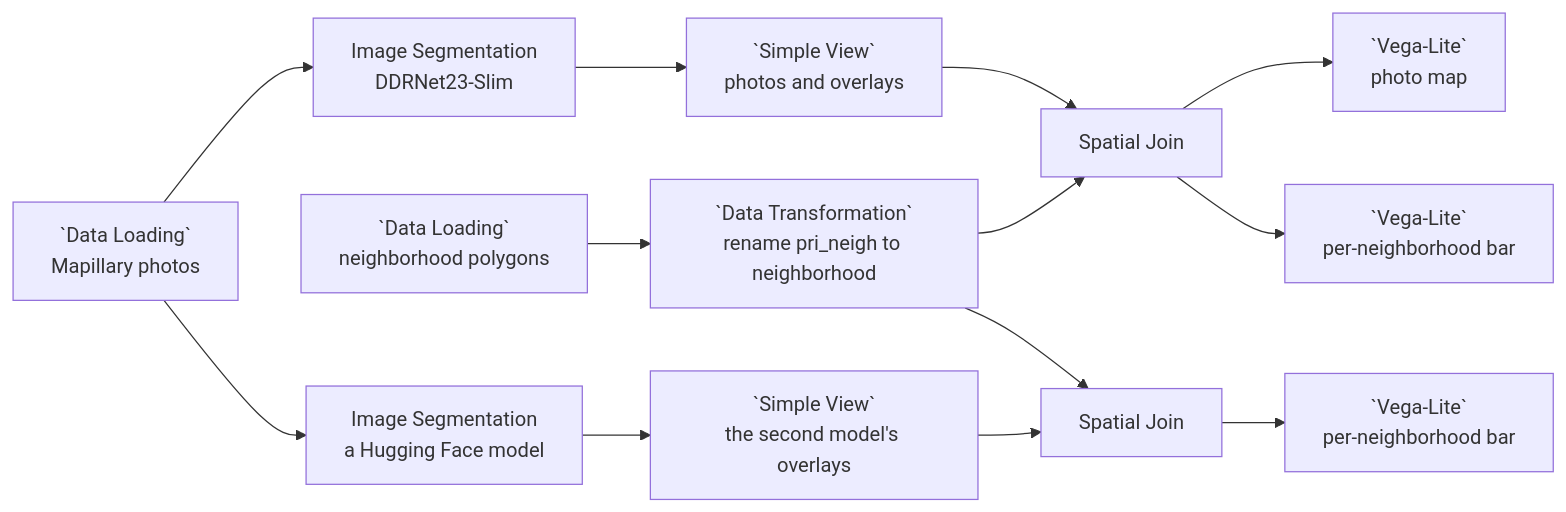
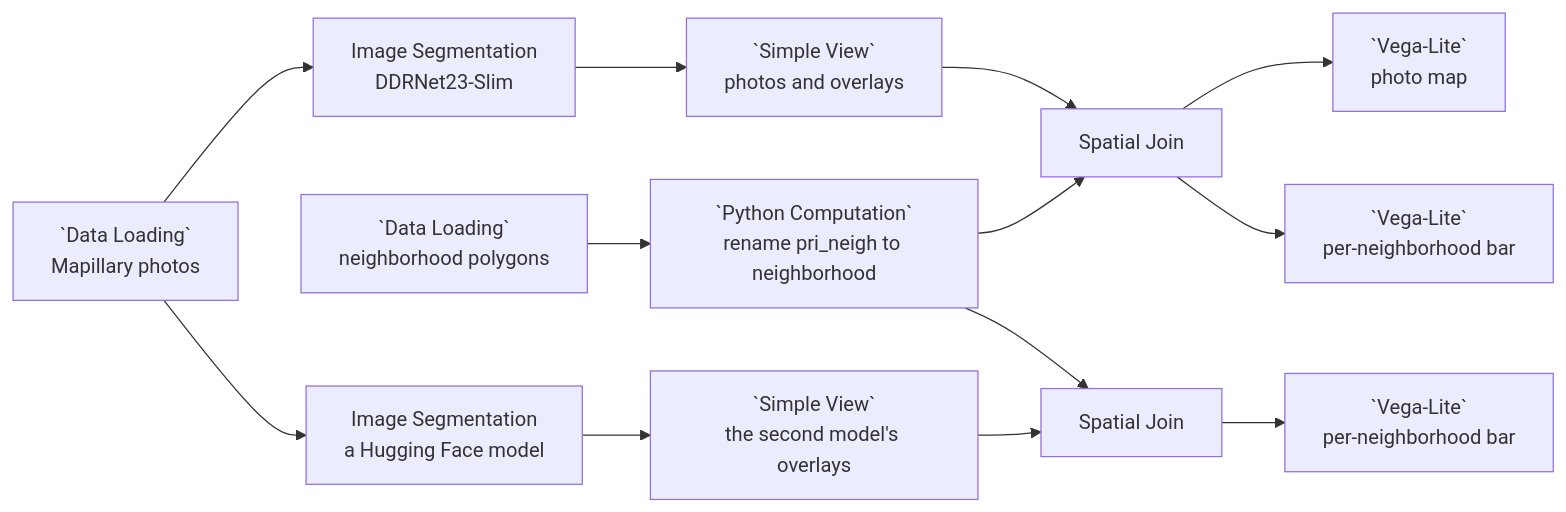
The diagram in docs/examples/10-street-vision-cv-analysis.md (urban-toolkit/curio), drawn with Mermaid before and after one commit. The commit also changed other lines of this file and 51 other files, not shown here.

Commit message:
Shipped dataflows and their fixtures use Python Computation

````diff
--- a/docs/examples/10-street-vision-cv-analysis.md
+++ b/docs/examples/10-street-vision-cv-analysis.md
@@ -13,19 +13,19 @@
 ```mermaid
 flowchart LR
   P[`Data Loading`<br/>Mapillary photos]
   S1[Image Segmentation<br/>DDRNet23-Slim]
   G1[`Simple View`<br/>photos and overlays]
   L[`Data Loading`<br/>neighborhood polygons]
-  T[`Data Transformation`<br/>rename pri_neigh to neighborhood]
+  T[`Python Computation`<br/>rename pri_neigh to neighborhood]
   S2[Image Segmentation<br/>a Hugging Face model]
   G2[`Simple View`<br/>the second model's overlays]
 
   P --> S1 --> G1 --> SJ1[Spatial Join]
   %% Simple View passes its input straight through, so the join sees the same frame.
   L --> T --> SJ1
   SJ1 --> V1[`Vega-Lite`<br/>photo map]
   SJ1 --> V2[`Vega-Lite`<br/>per-neighborhood bar]
   P --> S2 --> G2 --> SJ2[Spatial Join]
   T --> SJ2
   SJ2 --> V3[`Vega-Lite`<br/>per-neighborhood bar]
 ```
````
